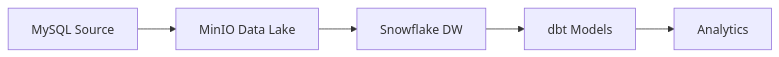
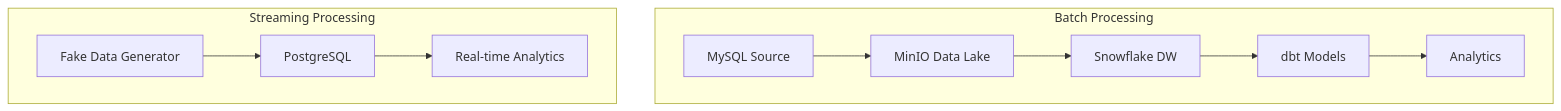
One commit to namhuynhftu/data-ai-project changed the diagram in README.md. Above: the diagram before and after it, drawn with Mermaid. The commit also changed other lines of this file and 9 other files, not shown here.

````diff
--- a/README.md
+++ b/README.md
@@ -17,7 +23,14 @@
 ```mermaid
-graph LR
-    A[MySQL Source] --> B[MinIO Data Lake]
-    B --> C[Snowflake DW]
-    C --> D[dbt Models]
-    D --> E[Analytics]
+graph TB
+    subgraph "Batch Processing"
+        A[MySQL Source] --> B[MinIO Data Lake]
+        B --> C[Snowflake DW]
+        C --> D[dbt Models]
+        D --> E[Analytics]
+    end
+    
+    subgraph "Streaming Processing"
+        F[Fake Data Generator] --> G[PostgreSQL]
+        G --> H[Real-time Analytics]
+    end
 ```
````
